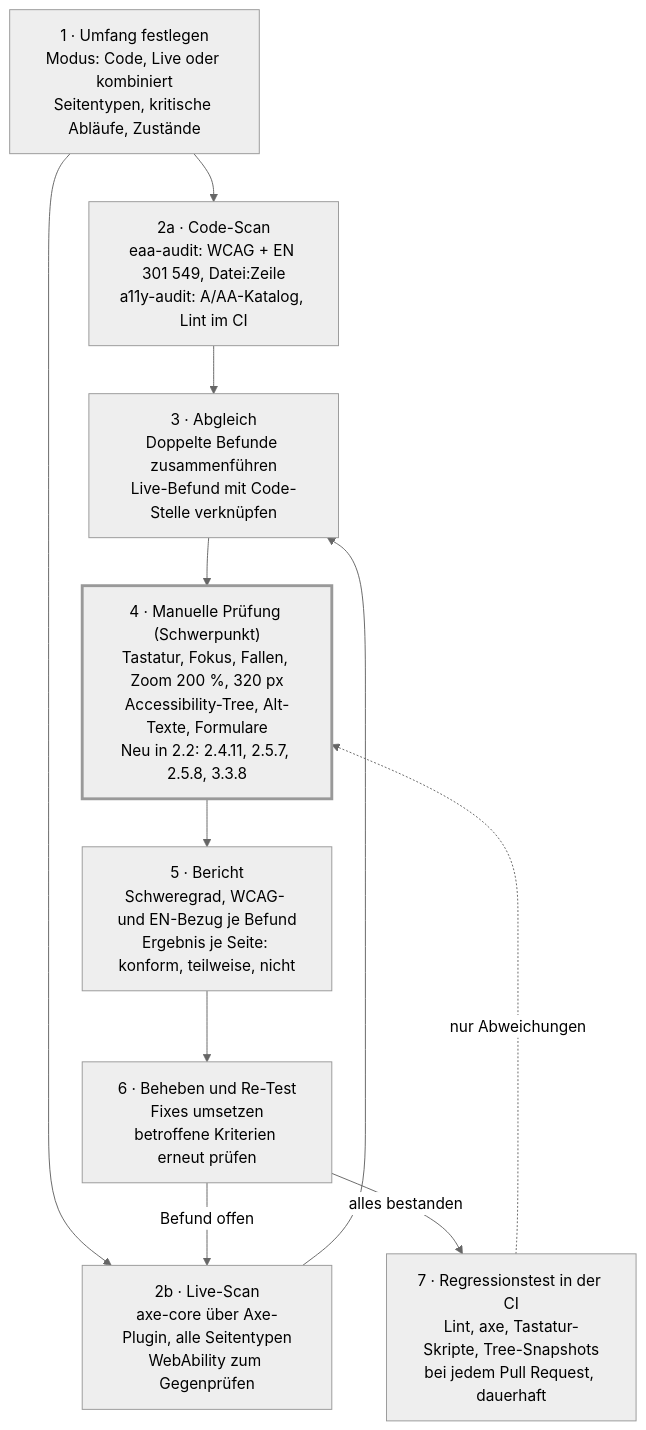
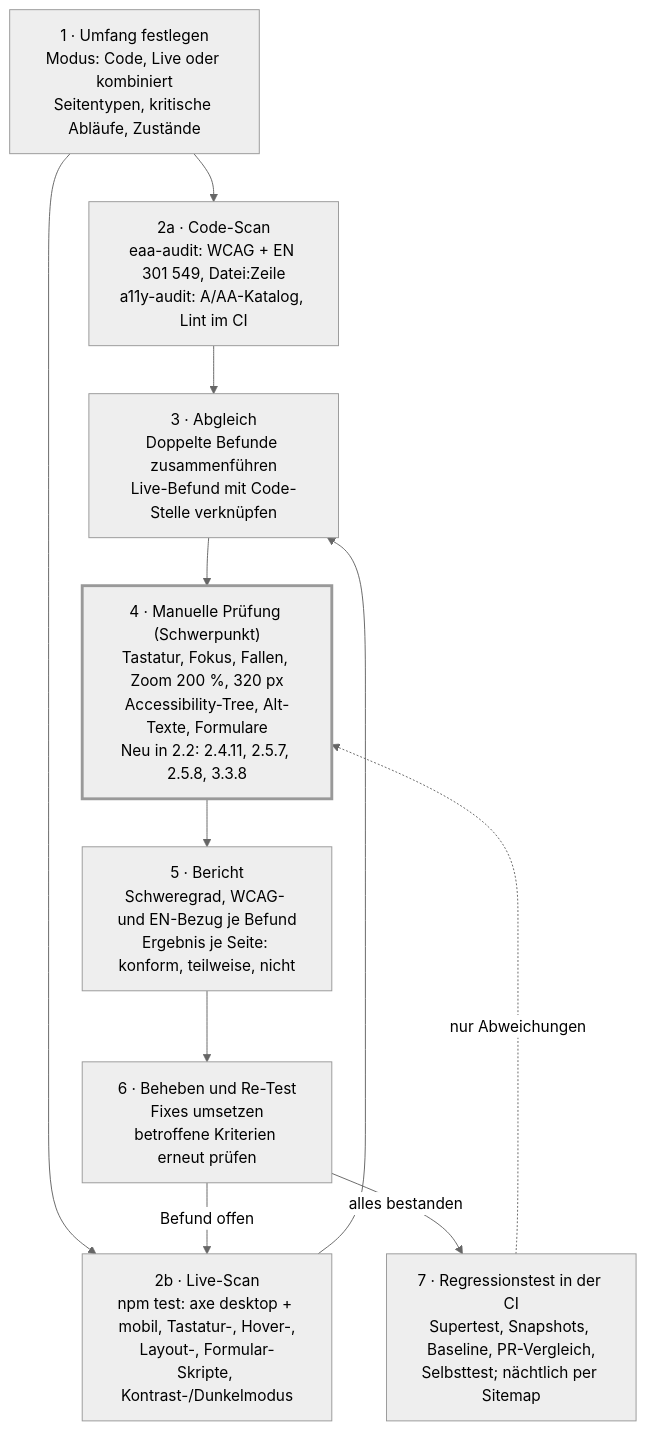
Before and after one commit to seb-nsu/Accessibility: the diagram in docs/konzept-vollstaendig.md, drawn with Mermaid (neutral theme). The commit also changed other lines of this file and 1 other file, not shown here.

````diff
--- a/docs/konzept-vollstaendig.md
+++ b/docs/konzept-vollstaendig.md
@@ -42,17 +42,17 @@
 ```mermaid
 flowchart TD
   P1["1 · Umfang festlegen<br/>Modus: Code, Live oder kombiniert<br/>Seitentypen, kritische Abläufe, Zustände"]
   P2a["2a · Code-Scan<br/>eaa-audit: WCAG + EN 301 549, Datei:Zeile<br/>a11y-audit: A/AA-Katalog, Lint im CI"]
-  P2b["2b · Live-Scan<br/>axe-core über Axe-Plugin, alle Seitentypen<br/>WebAbility zum Gegenprüfen"]
+  P2b["2b · Live-Scan<br/>npm test: axe desktop + mobil, Tastatur-, Hover-,<br/>Layout-, Formular-Skripte, Kontrast-/Dunkelmodus"]
   P3["3 · Abgleich<br/>Doppelte Befunde zusammenführen<br/>Live-Befund mit Code-Stelle verknüpfen"]
   P4["4 · Manuelle Prüfung (Schwerpunkt)<br/>Tastatur, Fokus, Fallen, Zoom 200 %, 320 px<br/>Accessibility-Tree, Alt-Texte, Formulare<br/>Neu in 2.2: 2.4.11, 2.5.7, 2.5.8, 3.3.8"]
   P5["5 · Bericht<br/>Schweregrad, WCAG- und EN-Bezug je Befund<br/>Ergebnis je Seite: konform, teilweise, nicht"]
   P6["6 · Beheben und Re-Test<br/>Fixes umsetzen<br/>betroffene Kriterien erneut prüfen"]
-  P7["7 · Regressionstest in der CI<br/>Lint, axe, Tastatur-Skripte, Tree-Snapshots<br/>bei jedem Pull Request, dauerhaft"]
+  P7["7 · Regressionstest in der CI<br/>Supertest, Snapshots, Baseline, PR-Vergleich,<br/>Selbsttest; nächtlich per Sitemap"]
   P1 --> P2a & P2b
   P2a & P2b --> P3 --> P4 --> P5 --> P6
   P6 -- Befund offen --> P2b
   P6 -- alles bestanden --> P7
   P7 -. nur Abweichungen .-> P4
   style P4 stroke-width:3px
 ```
````
